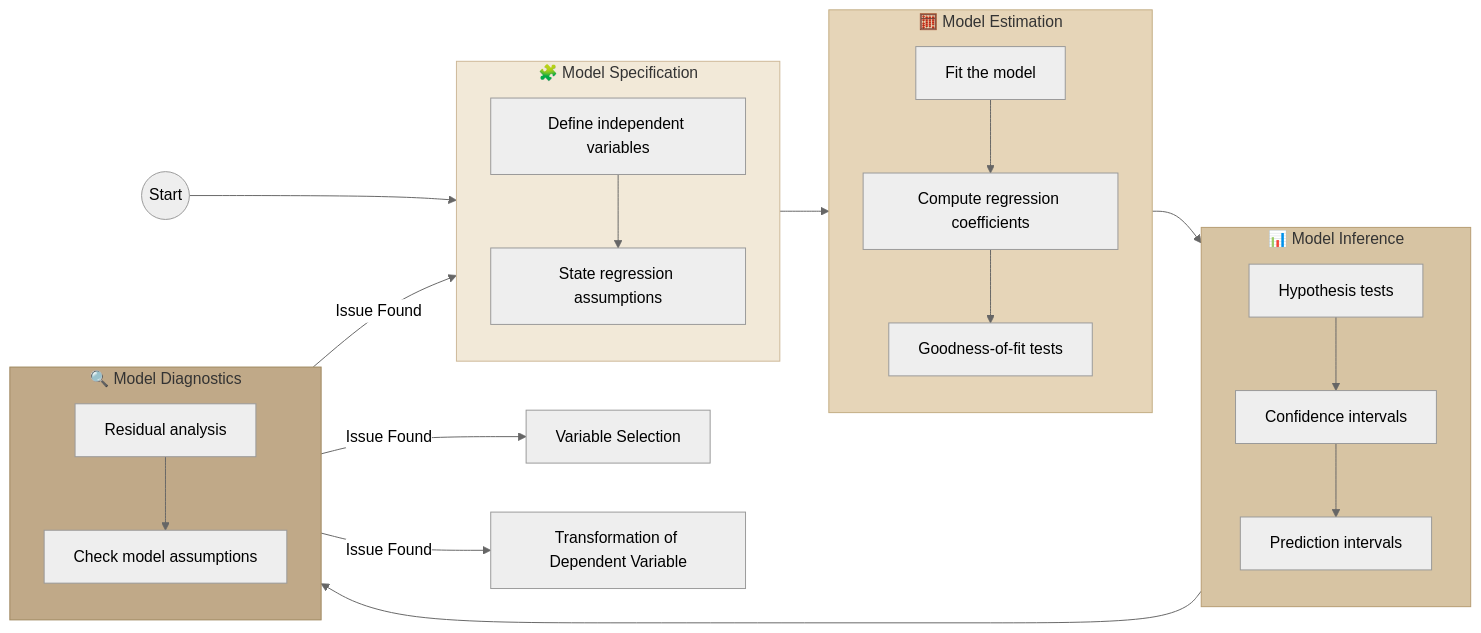
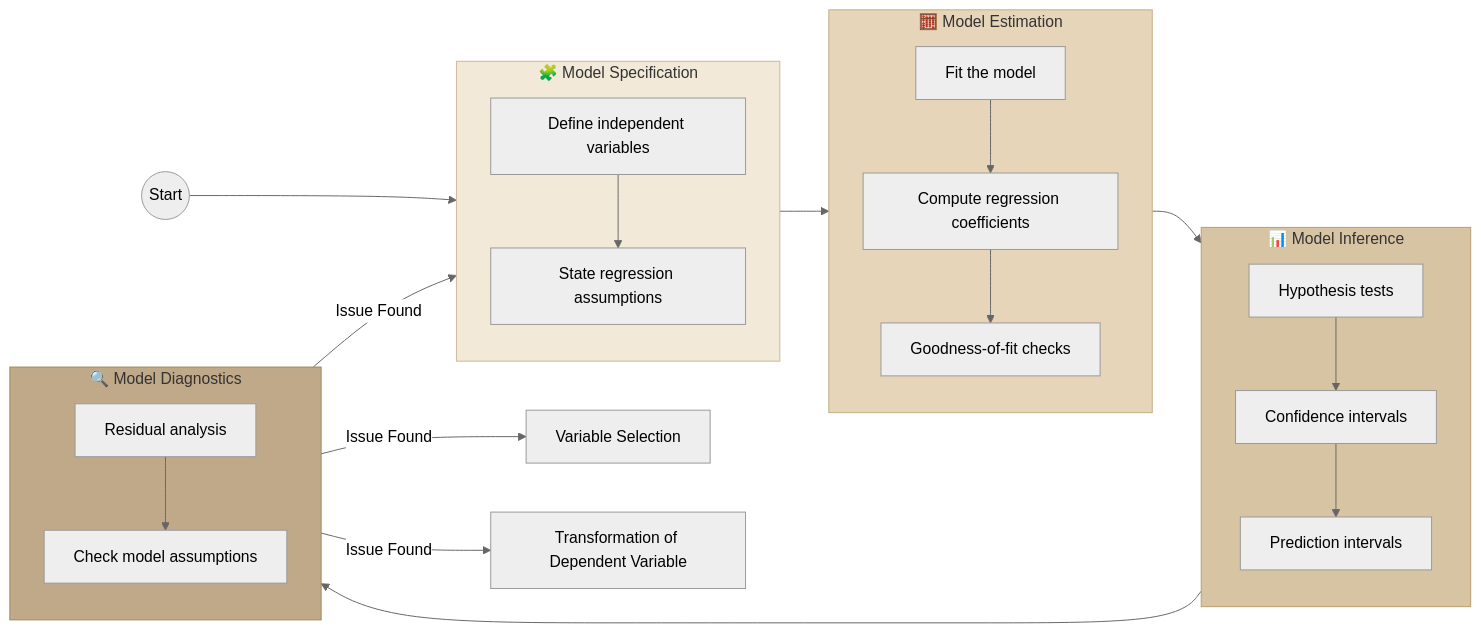
One commit to QueensleyC/stat5430project changed the fourth of 4 diagrams in contents/linear-model-workflow.md. Above: the diagram before and after it, drawn with Mermaid (neutral theme). The commit also changed other lines of this file, not shown here.

Commit message:
Update flowcharts

````diff
--- a/contents/linear-model-workflow.md
+++ b/contents/linear-model-workflow.md
@@ -62,47 +75,47 @@
 ```{mermaid}
 flowchart LR
 
     %% Forced starting point
     START((Start)) --> A
 
     subgraph A[🧩 Model Specification]
         A1[Define independent variables]
         A2[State regression assumptions]
         A1 --> A2
     end
 
     subgraph B[🧮 Model Estimation]
         B1[Fit the model]
         B2[Compute regression coefficients]
-        B3[Goodness-of-fit tests]
+        B3[Goodness-of-fit checks]
         B1 --> B2 --> B3
     end
 
     subgraph C[📊 Model Inference]
         C1[Hypothesis tests]
         C2[Confidence intervals]
         C3[Prediction intervals]
         C1 --> C2 --> C3
     end
 
     subgraph D[🔍 Model Diagnostics]
         D1[Residual analysis]
         D2[Check model assumptions]
         D1 --> D2
     end
 
     A --> B --> C --> D
 
     %% Branches from D
     D -->|Issue Found| E1[Variable Selection]
     D -->|Issue Found| E2[Transformation of Dependent Variable]
 
     %% Loop back
     D -->|Issue Found| A
 
     %% BACKGROUND COLORS (earth tones)
     style A fill:#f2e9d8,stroke:#cdb897,stroke-width:1px
     style B fill:#e6d5b8,stroke:#c3ad83,stroke-width:1px
     style C fill:#d7c4a3,stroke:#b79d72,stroke-width:1px
     style D fill:#c0a988,stroke:#9e875e,stroke-width:1px
 ```
````
